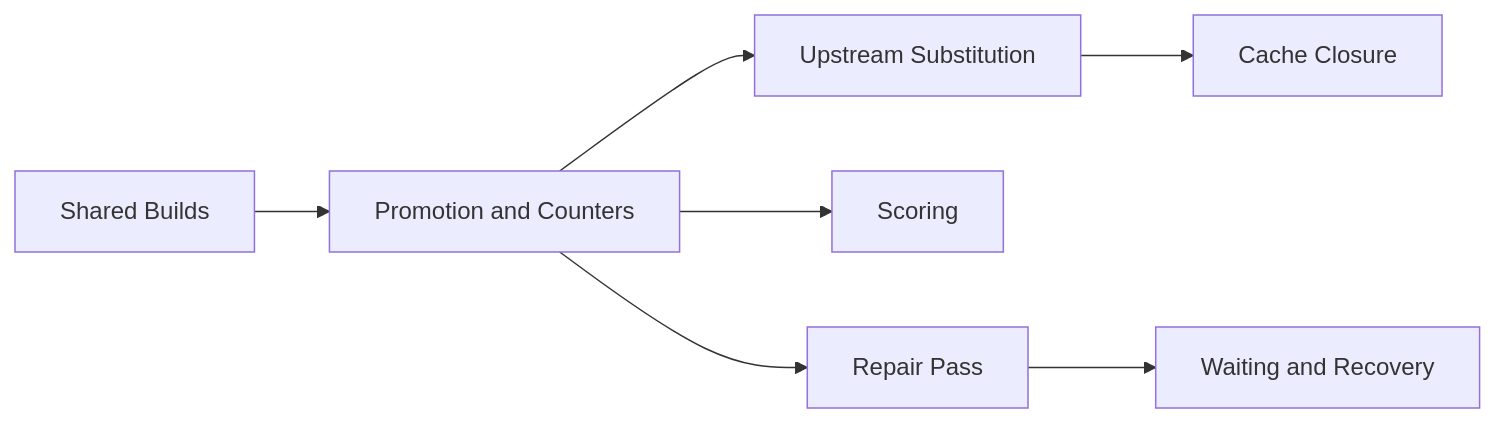
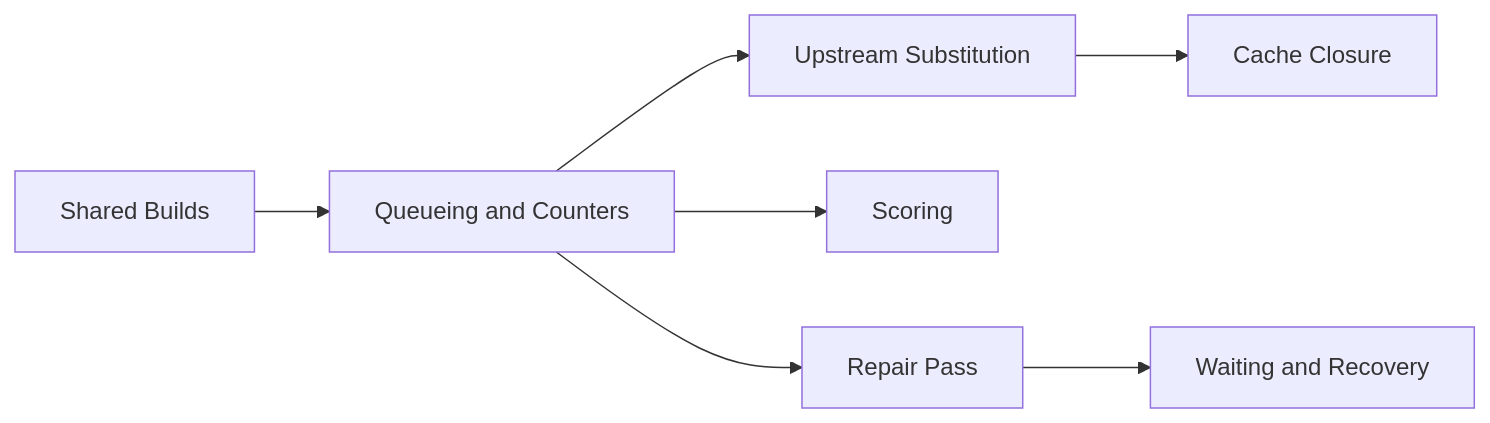
Before and after one commit to wavelens/gradient: the diagram in docs/src/contributors/scheduler/index.md, drawn with Mermaid. The commit also changed other lines of this file and 75 other files, not shown here.

````diff
--- a/docs/src/contributors/scheduler/index.md
+++ b/docs/src/contributors/scheduler/index.md
@@ -5,9 +5,9 @@
 ```mermaid
 flowchart LR
-    shared[Shared Builds] --> promo[Promotion and Counters]
+    shared[Shared Builds] --> promo[Queueing and Counters]
     promo --> subst[Upstream Substitution]
     promo --> score[Scoring]
     subst --> closure[Cache Closure]
     promo --> recon[Repair Pass]
     recon --> wait[Waiting and Recovery]
 ```
````
